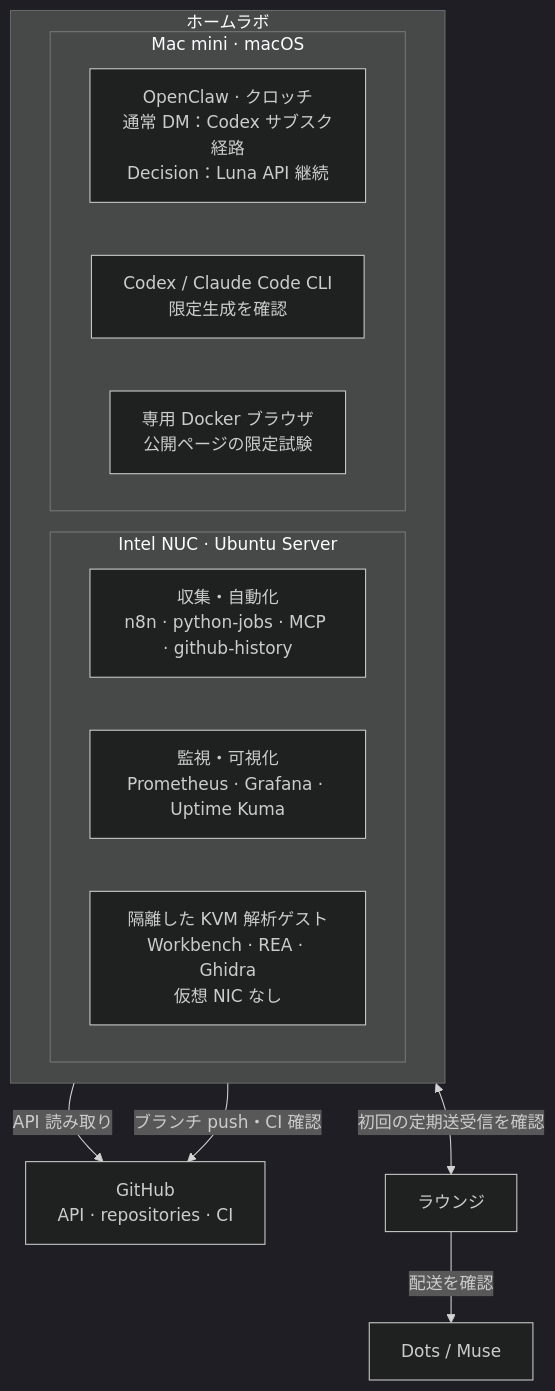
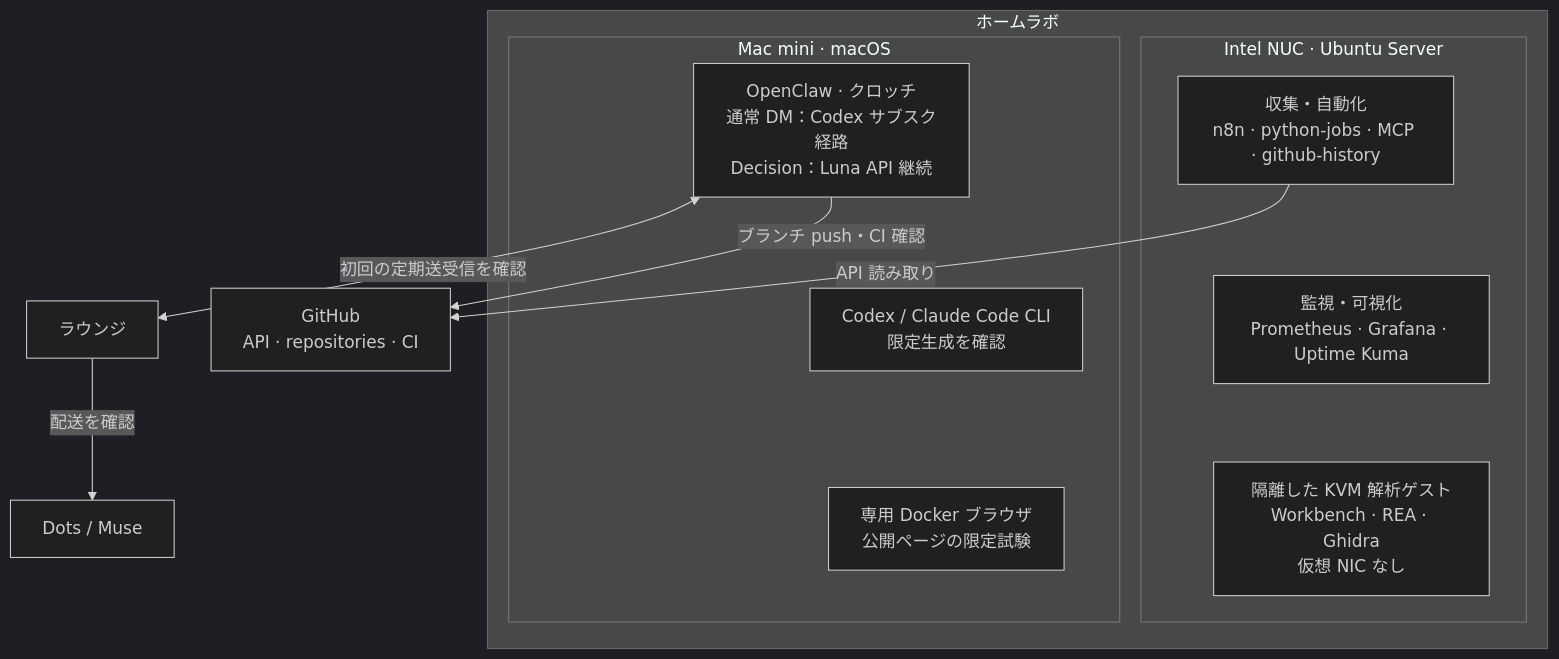
One commit to moruku36/home-ai-engineering-lab changed the diagram in README.ja.md. Above: the diagram before and after it, drawn with Mermaid (dark theme). The commit also changed 1 other file, not shown here.

Commit message:
Keep host components vertical for a more readable Mermaid layout

````diff
--- a/README.ja.md
+++ b/README.ja.md
@@ -21,23 +21,26 @@
 ```mermaid
 flowchart TB
   subgraph LAB["ホームラボ"]
-    direction LR
     subgraph NUC["Intel NUC · Ubuntu Server"]
       AUTO["収集・自動化<br/>n8n · python-jobs · MCP · github-history"]
       MON["監視・可視化<br/>Prometheus · Grafana · Uptime Kuma"]
       VM["隔離した KVM 解析ゲスト<br/>Workbench · REA · Ghidra<br/>仮想 NIC なし"]
+      AUTO ~~~ MON
+      MON ~~~ VM
     end
     subgraph MAC["Mac mini · macOS"]
       OC["OpenClaw · クロッチ<br/>通常 DM：Codex サブスク経路<br/>Decision：Luna API 継続"]
       CLI["Codex / Claude Code CLI<br/>限定生成を確認"]
       BROWSER["専用 Docker ブラウザ<br/>公開ページの限定試験"]
+      OC ~~~ CLI
+      CLI ~~~ BROWSER
     end
   end
   GH["GitHub<br/>API · repositories · CI"]
   LOUNGE["ラウンジ"]
   PEERS["Dots / Muse"]
   AUTO -->|"API 読み取り"| GH
   OC -->|"ブランチ push・CI 確認"| GH
   OC <-->|"初回の定期送受信を確認"| LOUNGE
   LOUNGE -->|"配送を確認"| PEERS
 ```
````
